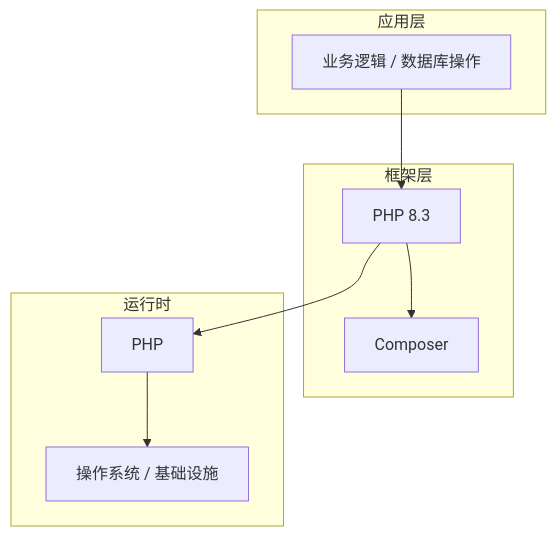
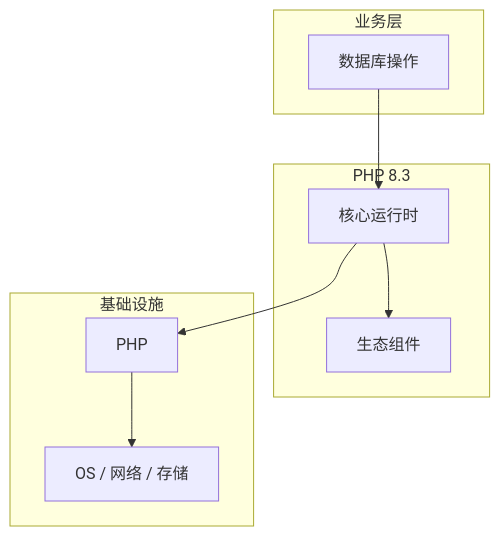
Before and after one commit to yanggan2015/knowledge-json-v2: the diagram in articles/PHP/chapters/046-数据库操作核心概念与原理.md, drawn with Mermaid. The commit also changed other lines of this file and 10127 other files, not shown here.

````diff
--- a/articles/PHP/chapters/046-数据库操作核心概念与原理.md
+++ b/articles/PHP/chapters/046-数据库操作核心概念与原理.md
@@ -45,18 +34,18 @@
 ```mermaid
 graph TB
-    subgraph 应用层
-        A[业务逻辑 / 数据库操作]
+    subgraph 业务层
+        A[数据库操作]
     end
-    subgraph 框架层
-        B[PHP 8.3]
-        C[Composer]
+    subgraph PHP 8.3
+        B[核心运行时]
+        C[生态组件]
     end
-    subgraph 运行时
+    subgraph 基础设施
         D[PHP]
-        E[操作系统 / 基础设施]
+        E[OS / 网络 / 存储]
     end
     A --> B
     B --> C
     B --> D
     D --> E
 ```
````
